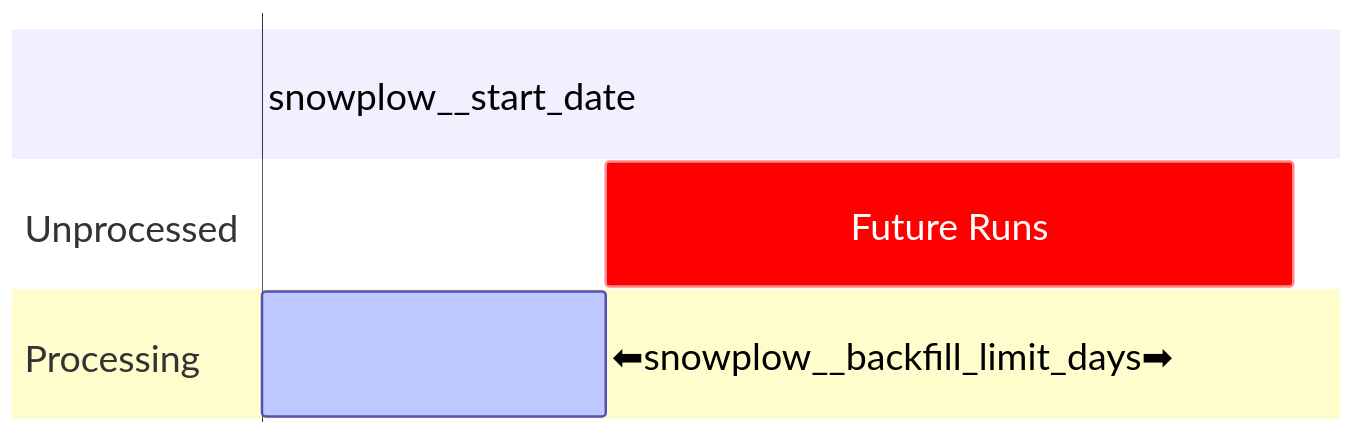
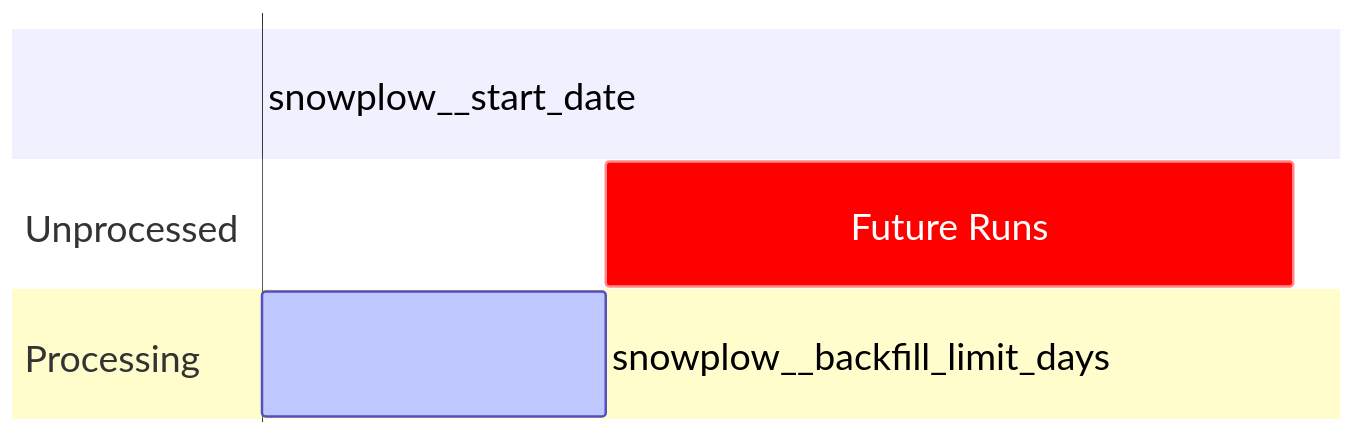
Before and after one commit to snowplow/documentation: the first of 4 diagrams in docs/modeling-your-data/modeling-your-data-with-dbt/dbt-advanced-usage/dbt-incremental-logic/index.md, drawn with Mermaid. The commit also changed other lines of this file and 2 other files, not shown here.

Commit message:
Add backfill deployment, PR fixes

````diff
--- a/docs/modeling-your-data/modeling-your-data-with-dbt/dbt-advanced-usage/dbt-incremental-logic/index.md
+++ b/docs/modeling-your-data/modeling-your-data-with-dbt/dbt-advanced-usage/dbt-incremental-logic/index.md
@@ -98,18 +98,18 @@
 ```mermaid
 %%{init: { 'gantt': {'barHeight': 100, 'fontSize': 30, 'sectionFontSize': 30, 'leftPadding': 200, 'numberSectionStyles':3, 'displayMode': 'compact'}}}%%
 gantt
     dateFormat  YYYY-MM-DD
     axisFormat  
     tickInterval 10day
     section  
     snowplow__start_date :crit, m1, 2020-01-01, 2m
 
     section Unprocessed
     Future Runs :crit, c, after a1, 2d
 
     section Processing
-    ⬅snowplow__backfill_limit_days➡ :active, a1, 2020-01-01, 1d
+    snowplow__backfill_limit_days :active, a1, 2020-01-01, 1d
 
     section Processed
 
 ```
````
